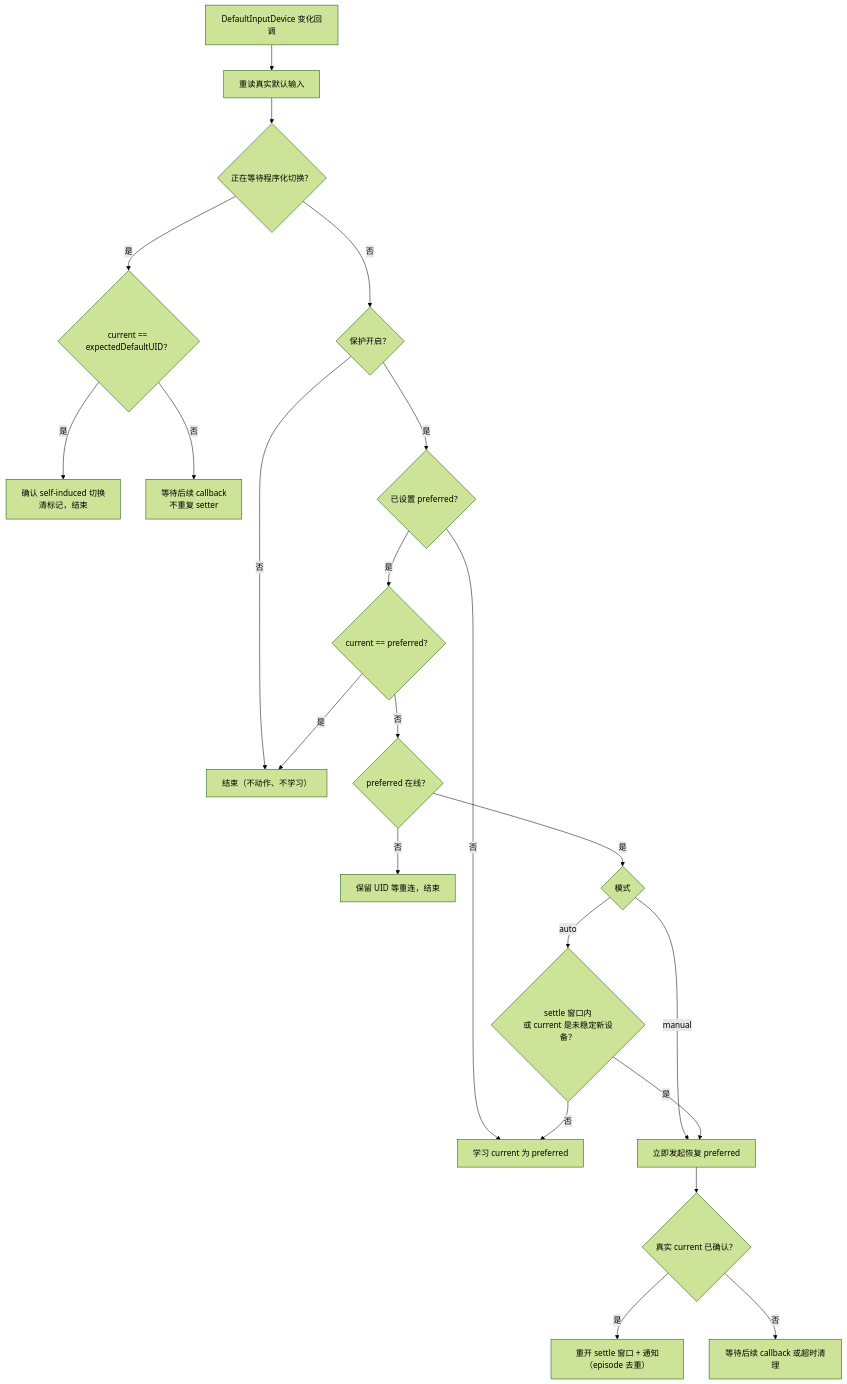
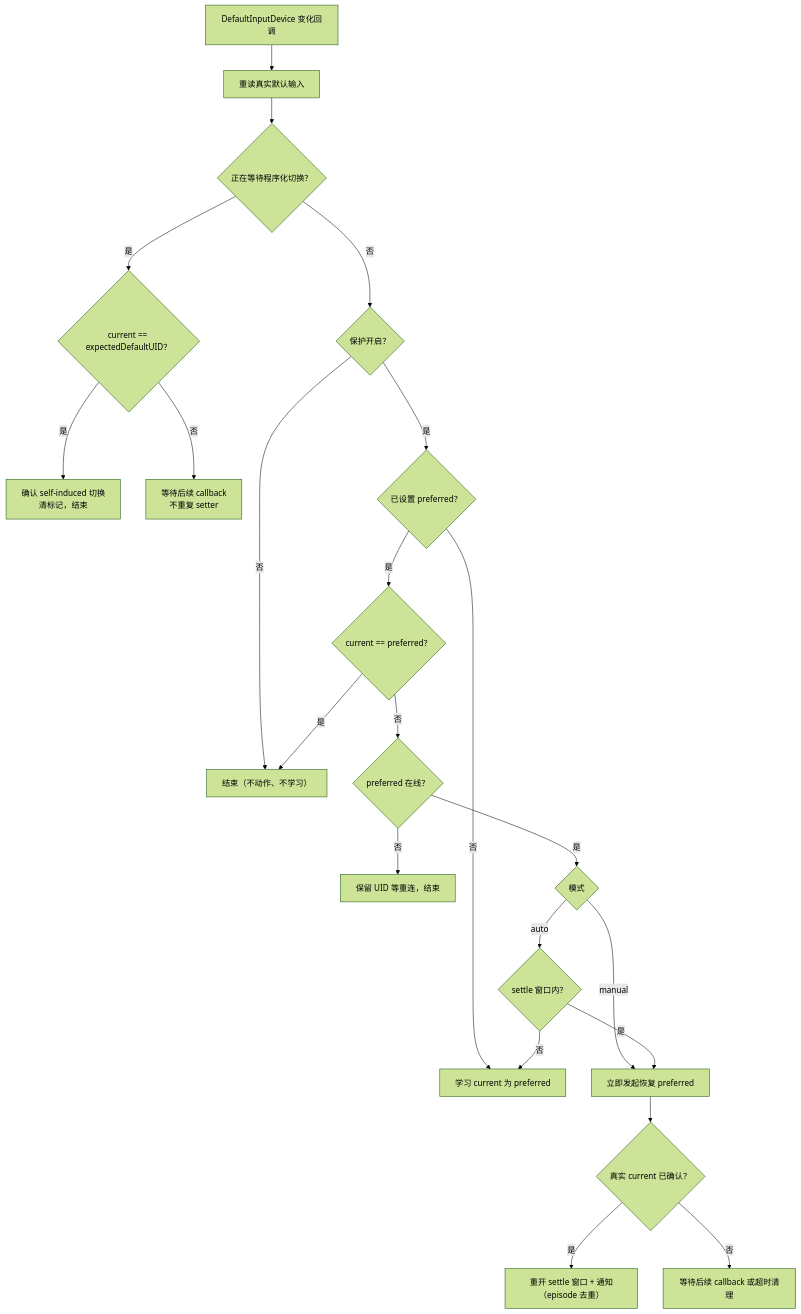
One commit to Forgo7ten/MicLock changed the first of 3 diagrams in docs/auto-mode.md. Above: the diagram before and after it, drawn with Mermaid (forest theme). The commit also changed other lines of this file and 7 other files, not shown here.

````diff
--- a/docs/auto-mode.md
+++ b/docs/auto-mode.md
@@ -19,24 +19,24 @@
 ```mermaid
 flowchart TD
     A["DefaultInputDevice 变化回调"] --> B["重读真实默认输入"]
     B --> C{"正在等待程序化切换？"}
     C -->|"是"| D{"current == expectedDefaultUID？"}
     D -->|"是"| D1["确认 self-induced 切换<br/>清标记，结束"]
     D -->|"否"| D2["等待后续 callback<br/>不重复 setter"]
     C -->|"否"| E{"保护开启？"}
     E -->|"否"| Z["结束（不动作、不学习）"]
     E -->|"是"| F{"已设置 preferred？"}
     F -->|"否"| L["学习 current 为 preferred"]
     F -->|"是"| G{"current == preferred？"}
     G -->|"是"| Z
     G -->|"否"| H{"preferred 在线？"}
     H -->|"否"| Z2["保留 UID 等重连，结束"]
     H -->|"是"| I{"模式"}
     I -->|"manual"| R["立即发起恢复 preferred"]
-    I -->|"auto"| J{"settle 窗口内<br/>或 current 是未稳定新设备？"}
+    I -->|"auto"| J{"settle 窗口内？"}
     J -->|"是"| R
     J -->|"否"| L
     R --> K{"真实 current 已确认？"}
     K -->|"是"| Z3["重开 settle 窗口 + 通知（episode 去重）"]
     K -->|"否"| K1["等待后续 callback 或超时清理"]
 ```
````
